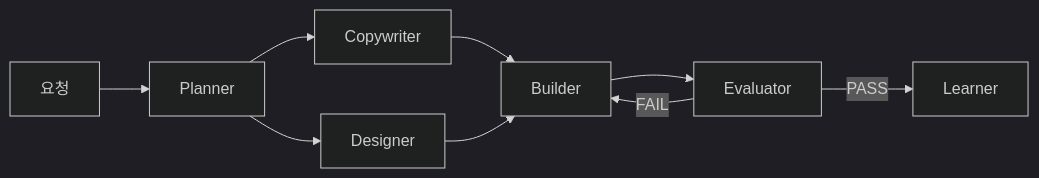
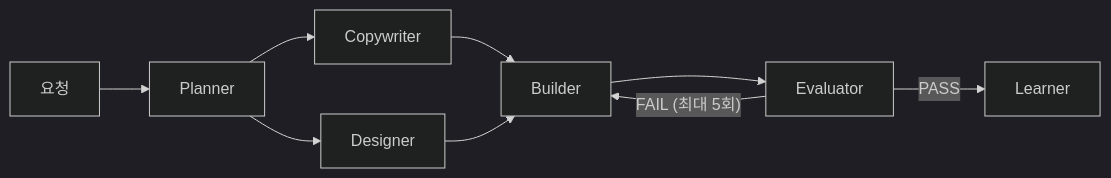
Before and after one commit to modu-ai/moai-adk: the seventh of 7 diagrams in README.ko.md, drawn with Mermaid (dark theme). The commit also changed other lines of this file and 3 other files, not shown here.

````diff
--- a/README.ko.md
+++ b/README.ko.md
@@ -879,11 +879,11 @@
 ```mermaid
 flowchart LR
     REQ[요청] --> P[Planner]
     P --> C[Copywriter]
     P --> D[Designer]
     C --> B[Builder]
     D --> B
     B --> E[Evaluator]
-    E -->|FAIL| B
+    E -->|"FAIL (최대 5회)"| B
     E -->|PASS| L[Learner]
 ```
````
